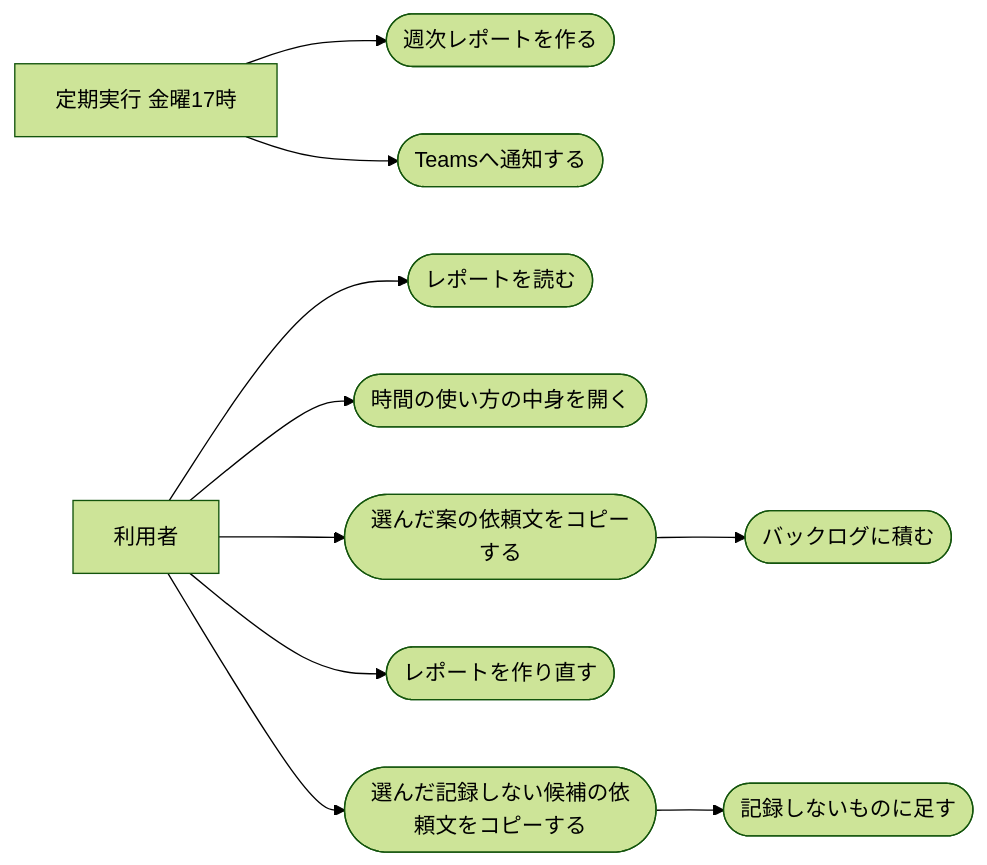
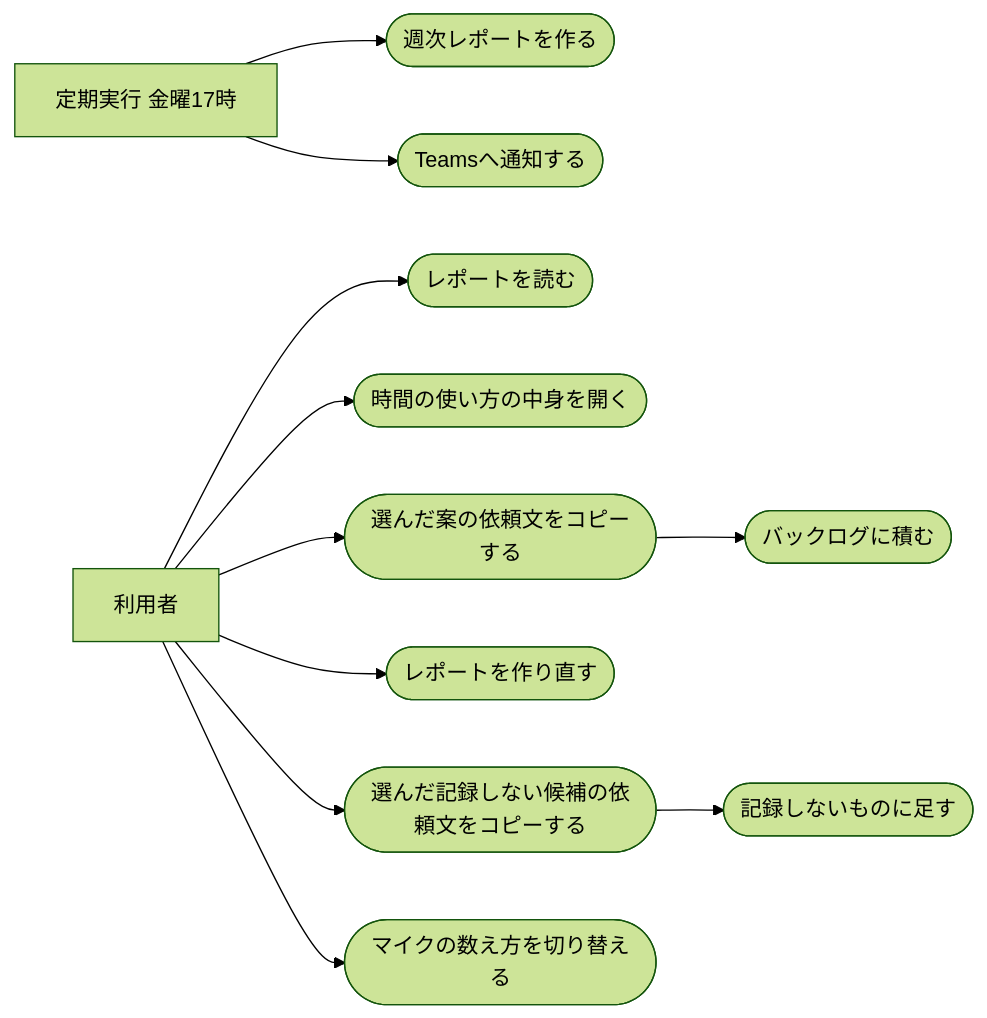
Before and after one commit to dnode-ryosuke-yamazaki/study: the diagram in apps/routine-work-finder/specs/weekly-automation-report/requirements.md, drawn with Mermaid (forest theme). The commit also changed other lines of this file and 8 other files, not shown here.

````diff
--- a/apps/routine-work-finder/specs/weekly-automation-report/requirements.md
+++ b/apps/routine-work-finder/specs/weekly-automation-report/requirements.md
@@ -25,12 +27,13 @@
 ```mermaid
 flowchart LR
     timer["定期実行 金曜17時"] --> make(["週次レポートを作る"])
     timer --> notify(["Teamsへ通知する"])
     user["利用者"] --> open(["レポートを読む"])
     user --> detail(["時間の使い方の中身を開く"])
     user --> copy(["選んだ案の依頼文をコピーする"])
     user --> remake(["レポートを作り直す"])
     user --> excopy(["選んだ記録しない候補の依頼文をコピーする"])
+    user --> mic(["マイクの数え方を切り替える"])
     copy --> backlog(["バックログに積む"])
     excopy --> exclude(["記録しないものに足す"])
 ```
````
